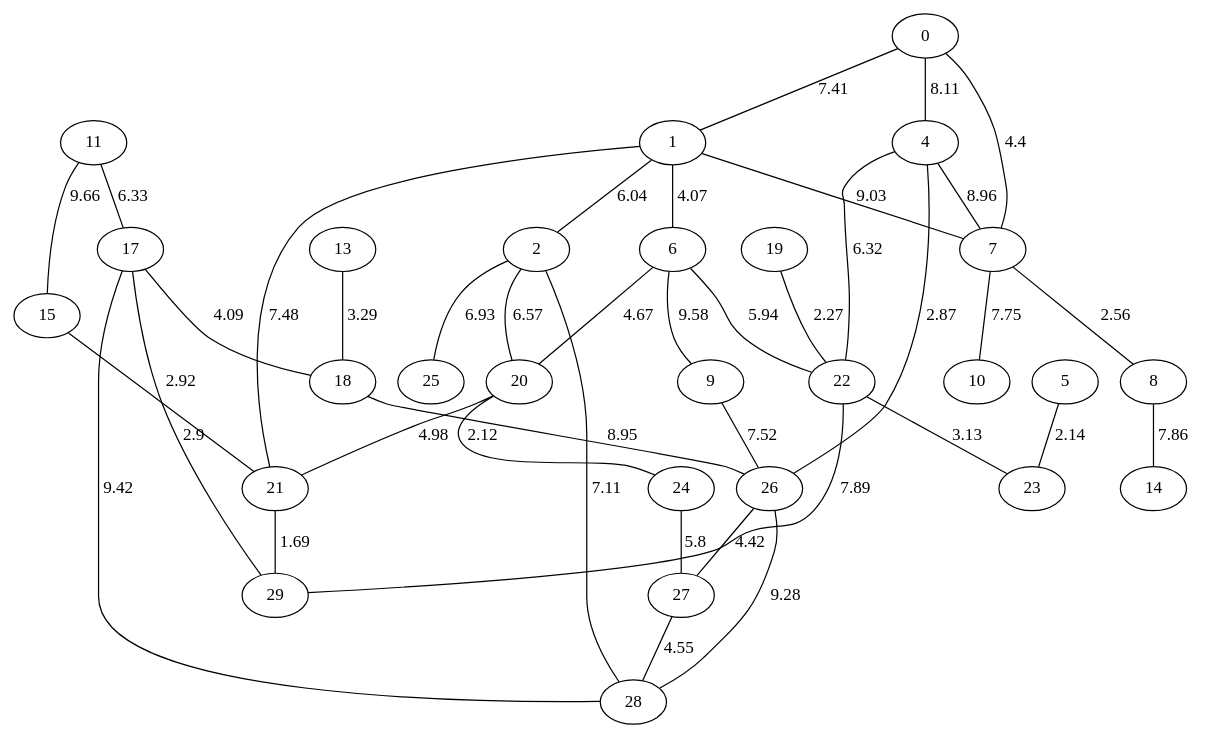
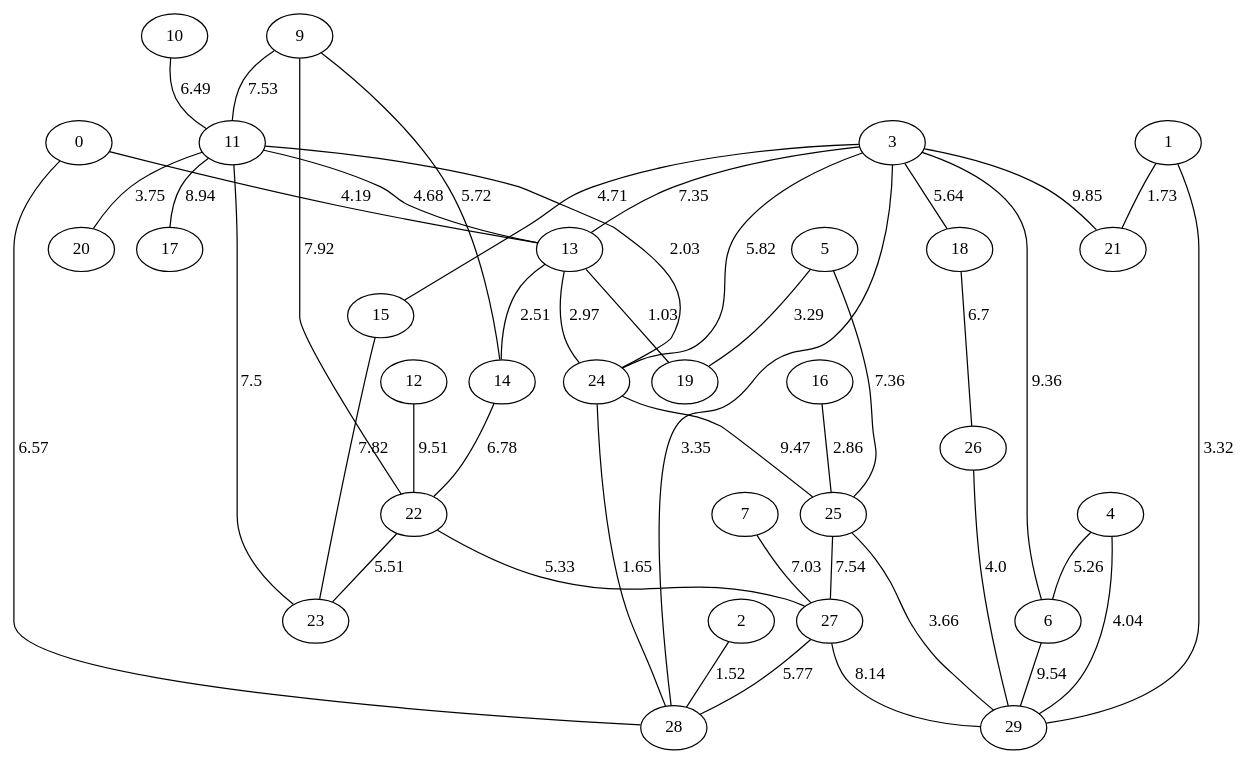
The diagram in Proyecto 3/ejemplos_grafo_dijkstra/grafo_Gilbert_30.gv (amorac4/DAA24), drawn with Graphviz before and after one commit. The commit also changed 61 other files, not shown here.

```diff
--- a/Proyecto 3/ejemplos_grafo_dijkstra/grafo_Gilbert_30.gv
+++ b/Proyecto 3/ejemplos_grafo_dijkstra/grafo_Gilbert_30.gv
@@ -1,68 +1,75 @@
 graph G {
 "0";
 "1";
 "2";
+"3";
 "4";
 "5";
 "6";
 "7";
-"8";
 "9";
 "10";
 "11";
+"12";
 "13";
 "14";
 "15";
+"16";
 "17";
 "18";
 "19";
 "20";
 "21";
 "22";
 "23";
 "24";
 "25";
 "26";
 "27";
 "28";
 "29";
-    "9" -- "26"[label="7.52", len="7.52"];
-    "1" -- "21"[label="7.48", len="7.48"];
-    "4" -- "7"[label="8.96", len="8.96"];
-    "6" -- "9"[label="9.58", len="9.58"];
-    "22" -- "23"[label="3.13", len="3.13"];
-    "17" -- "29"[label="2.9", len="2.9"];
-    "26" -- "28"[label="9.28", len="9.28"];
-    "0" -- "7"[label="4.4", len="4.4"];
-    "18" -- "26"[label="8.95", len="8.95"];
-    "1" -- "6"[label="4.07", len="4.07"];
-    "4" -- "22"[label="6.32", len="6.32"];
-    "19" -- "22"[label="2.27", len="2.27"];
-    "5" -- "23"[label="2.14", len="2.14"];
-    "1" -- "2"[label="6.04", len="6.04"];
-    "8" -- "14"[label="7.86", len="7.86"];
-    "17" -- "28"[label="9.42", len="9.42"];
-    "20" -- "21"[label="4.98", len="4.98"];
-    "24" -- "27"[label="5.8", len="5.8"];
-    "7" -- "10"[label="7.75", len="7.75"];
-    "6" -- "22"[label="5.94", len="5.94"];
-    "0" -- "4"[label="8.11", len="8.11"];
-    "27" -- "28"[label="4.55", len="4.55"];
-    "2" -- "20"[label="6.57", len="6.57"];
-    "22" -- "29"[label="7.89", len="7.89"];
-    "0" -- "1"[label="7.41", len="7.41"];
-    "17" -- "18"[label="4.09", len="4.09"];
-    "11" -- "17"[label="6.33", len="6.33"];
-    "26" -- "27"[label="4.42", len="4.42"];
-    "2" -- "28"[label="7.11", len="7.11"];
-    "20" -- "24"[label="2.12", len="2.12"];
-    "15" -- "21"[label="2.92", len="2.92"];
-    "21" -- "29"[label="1.69", len="1.69"];
-    "4" -- "26"[label="2.87", len="2.87"];
-    "6" -- "20"[label="4.67", len="4.67"];
-    "13" -- "18"[label="3.29", len="3.29"];
-    "2" -- "25"[label="6.93", len="6.93"];
-    "1" -- "7"[label="9.03", len="9.03"];
-    "11" -- "15"[label="9.66", len="9.66"];
-    "7" -- "8"[label="2.56", len="2.56"];
+    "1" -- "21"[label="1.73", len="1.73"];
+    "3" -- "15"[label="4.71", len="4.71"];
+    "10" -- "11"[label="6.49", len="6.49"];
+    "22" -- "23"[label="5.51", len="5.51"];
+    "9" -- "22"[label="7.92", len="7.92"];
+    "3" -- "21"[label="9.85", len="9.85"];
+    "5" -- "19"[label="3.29", len="3.29"];
+    "11" -- "23"[label="7.5", len="7.5"];
+    "18" -- "26"[label="6.7", len="6.7"];
+    "25" -- "27"[label="7.54", len="7.54"];
+    "3" -- "28"[label="3.35", len="3.35"];
+    "11" -- "24"[label="2.03", len="2.03"];
+    "1" -- "29"[label="3.32", len="3.32"];
+    "0" -- "28"[label="6.57", len="6.57"];
+    "3" -- "24"[label="5.82", len="5.82"];
+    "14" -- "22"[label="6.78", len="6.78"];
+    "27" -- "29"[label="8.14", len="8.14"];
+    "15" -- "23"[label="7.82", len="7.82"];
+    "6" -- "29"[label="9.54", len="9.54"];
+    "22" -- "27"[label="5.33", len="5.33"];
+    "26" -- "29"[label="4.0", len="4.0"];
+    "5" -- "25"[label="7.36", len="7.36"];
+    "9" -- "11"[label="7.53", len="7.53"];
+    "3" -- "6"[label="9.36", len="9.36"];
+    "16" -- "25"[label="2.86", len="2.86"];
+    "27" -- "28"[label="5.77", len="5.77"];
+    "11" -- "13"[label="4.68", len="4.68"];
+    "25" -- "29"[label="3.66", len="3.66"];
+    "9" -- "14"[label="5.72", len="5.72"];
+    "13" -- "24"[label="2.97", len="2.97"];
+    "3" -- "13"[label="7.35", len="7.35"];
+    "24" -- "28"[label="1.65", len="1.65"];
+    "7" -- "27"[label="7.03", len="7.03"];
+    "13" -- "19"[label="1.03", len="1.03"];
+    "12" -- "22"[label="9.51", len="9.51"];
+    "4" -- "29"[label="4.04", len="4.04"];
+    "11" -- "17"[label="8.94", len="8.94"];
+    "2" -- "28"[label="1.52", len="1.52"];
+    "4" -- "6"[label="5.26", len="5.26"];
+    "13" -- "14"[label="2.51", len="2.51"];
+    "0" -- "13"[label="4.19", len="4.19"];
+    "24" -- "25"[label="9.47", len="9.47"];
+    "3" -- "18"[label="5.64", len="5.64"];
+    "11" -- "20"[label="3.75", len="3.75"];
 }
```
